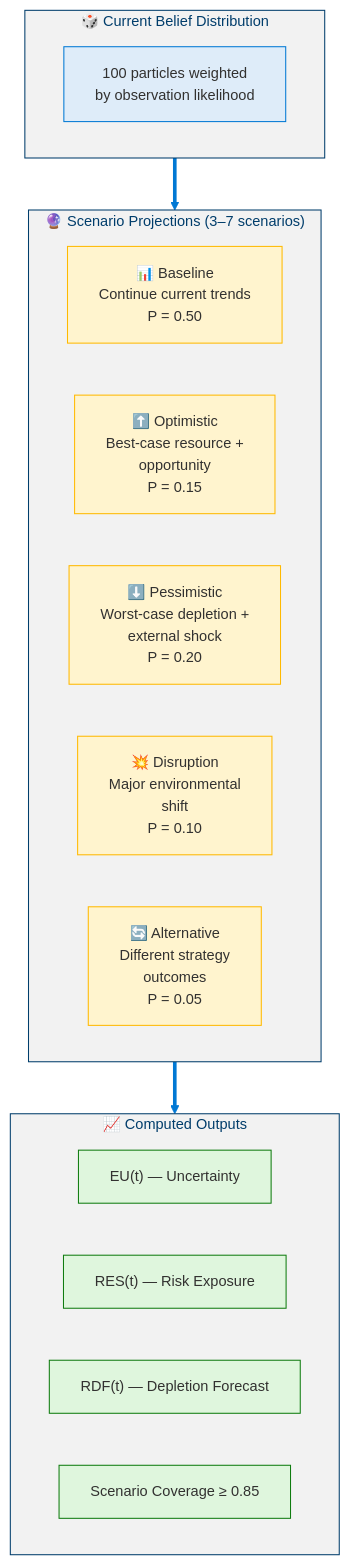
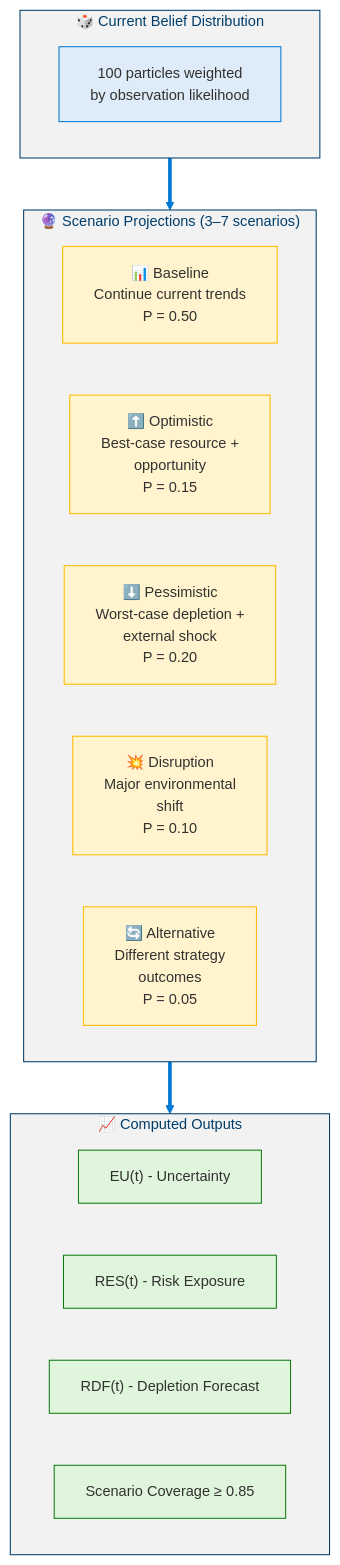
One commit to dotnetpower/mscp changed the fifth of 17 diagrams in docs/levels/Level_4_8_Strategic_Self_Modeling.md. Above: the diagram before and after it, drawn with Mermaid. The commit also changed other lines of this file and 26 other files, not shown here.

````diff
--- a/docs/levels/Level_4_8_Strategic_Self_Modeling.md
+++ b/docs/levels/Level_4_8_Strategic_Self_Modeling.md
@@ -260,29 +260,29 @@
 ```mermaid
 %%{init: {'theme': 'base', 'themeVariables': {'primaryColor': '#0078D4', 'primaryTextColor': '#003D6B', 'primaryBorderColor': '#003D6B', 'secondaryColor': '#50E6FF', 'secondaryTextColor': '#323130', 'secondaryBorderColor': '#00BCF2', 'tertiaryColor': '#F2F2F2', 'tertiaryTextColor': '#323130', 'lineColor': '#0078D4', 'textColor': '#323130', 'mainBkg': '#DEECF9', 'nodeBorder': '#0078D4', 'clusterBkg': '#F2F2F2', 'clusterBorder': '#003D6B', 'titleColor': '#003D6B', 'edgeLabelBackground': '#FFFFFF', 'fontSize': '14px'}}}%%
 flowchart TD
   classDef belief fill:#DEECF9,stroke:#0078D4,color:#323130
   classDef scenario fill:#FFF4CE,stroke:#FFB900,color:#323130
   classDef output fill:#DFF6DD,stroke:#107C10,color:#323130
 
   subgraph Belief["🎲 Current Belief Distribution"]
     BD["100 particles weighted<br/>by observation likelihood"]:::belief
   end
 
   subgraph Scenarios["🔮 Scenario Projections (3–7 scenarios)"]
     S1["📊 Baseline<br/>Continue current trends<br/>P = 0.50"]:::scenario
     S2["⬆️ Optimistic<br/>Best-case resource +<br/>opportunity<br/>P = 0.15"]:::scenario
     S3["⬇️ Pessimistic<br/>Worst-case depletion +<br/>external shock<br/>P = 0.20"]:::scenario
     S4["💥 Disruption<br/>Major environmental<br/>shift<br/>P = 0.10"]:::scenario
     S5["🔄 Alternative<br/>Different strategy<br/>outcomes<br/>P = 0.05"]:::scenario
   end
 
   subgraph Outputs["📈 Computed Outputs"]
-    EU["EU(t) — Uncertainty"]:::output
-    RES["RES(t) — Risk Exposure"]:::output
-    RDF["RDF(t) — Depletion Forecast"]:::output
+    EU["EU(t) - Uncertainty"]:::output
+    RES["RES(t) - Risk Exposure"]:::output
+    RDF["RDF(t) - Depletion Forecast"]:::output
     COV["Scenario Coverage ≥ 0.85"]:::output
   end
 
   Belief ==> Scenarios
   Scenarios ==> Outputs
 ```
````
